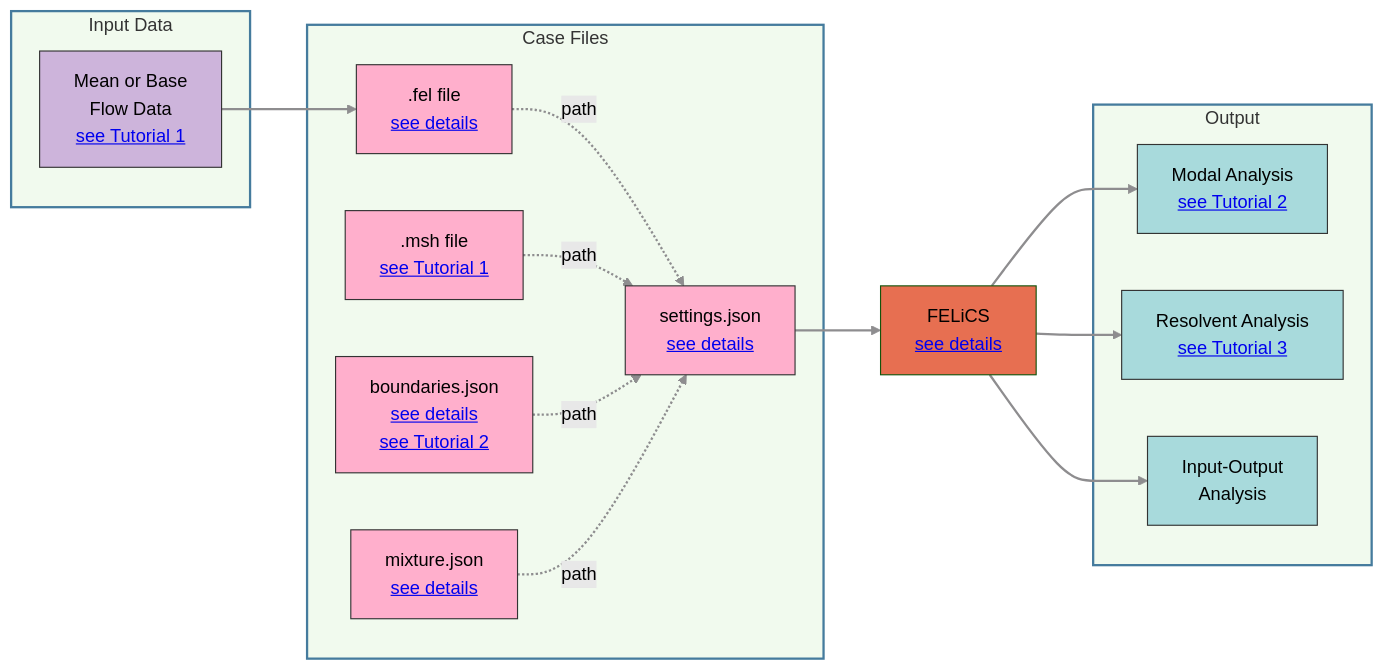
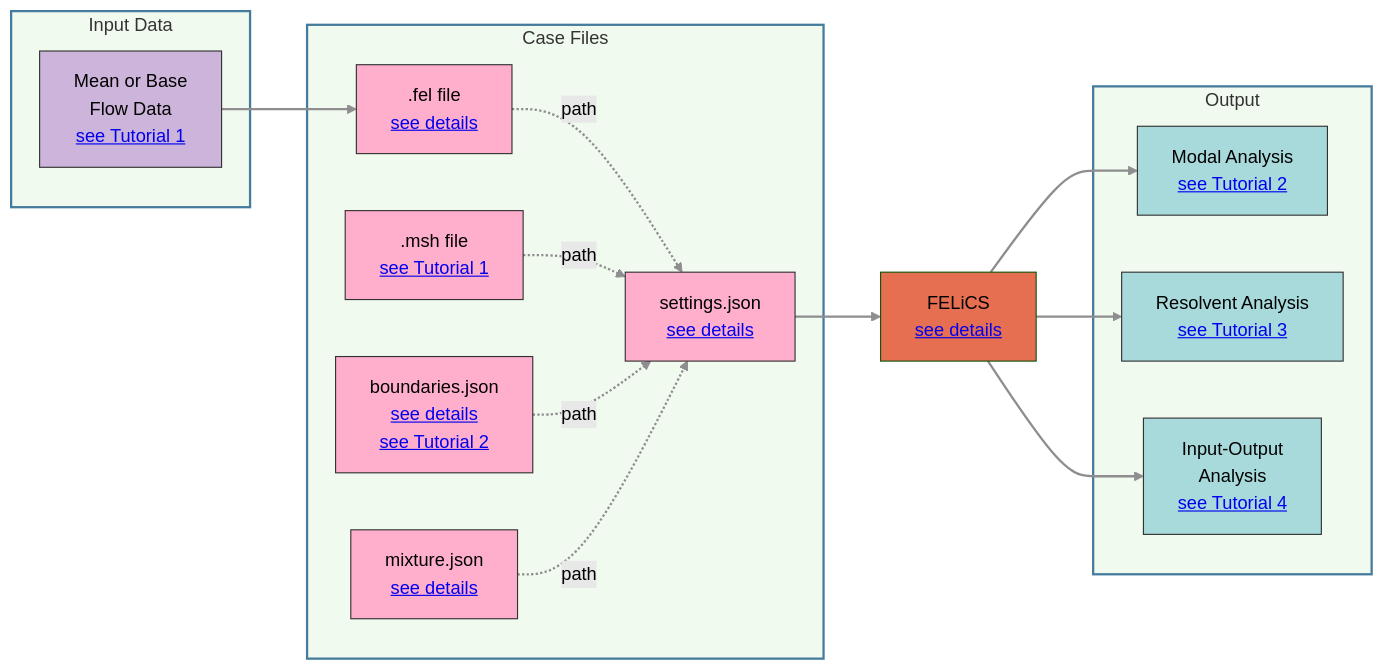
The diagram in DOCUMENTATION/Running_FELiCS/index.md (arash-mp/FELiCS_FSI), drawn with Mermaid (forest theme) before and after one commit. The commit also changed 5 other files, not shown here.

````diff
--- a/DOCUMENTATION/Running_FELiCS/index.md
+++ b/DOCUMENTATION/Running_FELiCS/index.md
@@ -14,55 +14,55 @@
 ```{mermaid}
 flowchart LR
     subgraph Input["Input Data"]
         A[Mean or Base<br>Flow Data<br> <a href="../Tutorials/cylinder_wake.html">see Tutorial 1</a>]
         click A "../Tutorials/cylinder_wake.html" _blank
         style Input fill:#f1faee,stroke:#457b9d,stroke-width:2px
         style A fill:#cdb4db,stroke:#333,stroke-width:1px
     end
 
     subgraph PrepFiles["Case Files"]
         B1[settings.json<br><a href="./FELiCS_settings.html">see details</a>]
         B2[.fel file<br><a href="./fel_file.html">see details</a>]
         B3[.msh file<br><a href="../Tutorials/cylinder_wake.html">see Tutorial 1</a>]
         B4[boundaries.json<br><a href="./FELiCS_settings.html">see details</a><br><a href="../Tutorials/modal_analysis.html">see Tutorial 2</a>]
         B5[mixture.json<br><a href="./FELiCS_settings.html">see details</a>]
 
         style PrepFiles fill:#f1faee,stroke:#457b9d,stroke-width:2px
         style B1 fill:#ffafcc,stroke:#333,stroke-width:1px
         style B2 fill:#ffafcc,stroke:#333,stroke-width:1px
         style B3 fill:#ffafcc,stroke:#333,stroke-width:1px
         style B4 fill:#ffafcc,stroke:#333,stroke-width:1px
         style B5 fill:#ffafcc,stroke:#333,stroke-width:1px
 
 
     end
 
     C[FELiCS<br><a href="./FELiCS_commands.html">see details</a>]
     style C fill:#e76f51
 
     subgraph Output["Output"]
         D1[Modal Analysis<br><a href="../Tutorials/modal_analysis.html">see Tutorial 2</a>]
         D2[Resolvent Analysis<br><a href="../Tutorials/Resolvent_Analysis.html">see Tutorial 3</a>]
-        D3[Input-Output<br>Analysis]
+        D3[Input-Output<br>Analysis<br><a href="../Tutorials/input_output_analysis.html">see Tutorial 4</a>]
         style Output fill:#f1faee,stroke:#457b9d,stroke-width:2px
         style D1 fill:#a8dadc,stroke:#333,stroke-width:1px
         style D2 fill:#a8dadc,stroke:#333,stroke-width:1px
         style D3 fill:#a8dadc,stroke:#333,stroke-width:1px
 
 
     end
 
     A ==> B2
     B1 ==> C
 
 
     B2 & B3 & B4 & B5 -. path .-> B1
 
     C ==> D1
     C ==> D2
     C ==> D3
 
     linkStyle default stroke:#8e8d8f,stroke-width:2px
 
 
 ```
````
